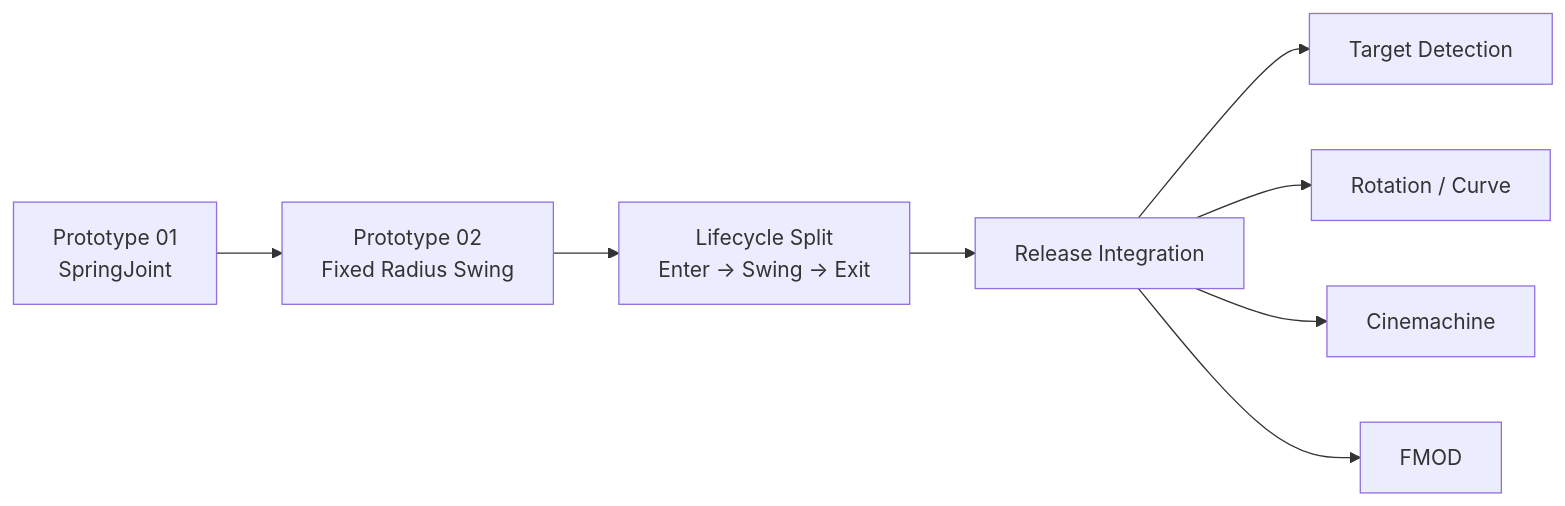
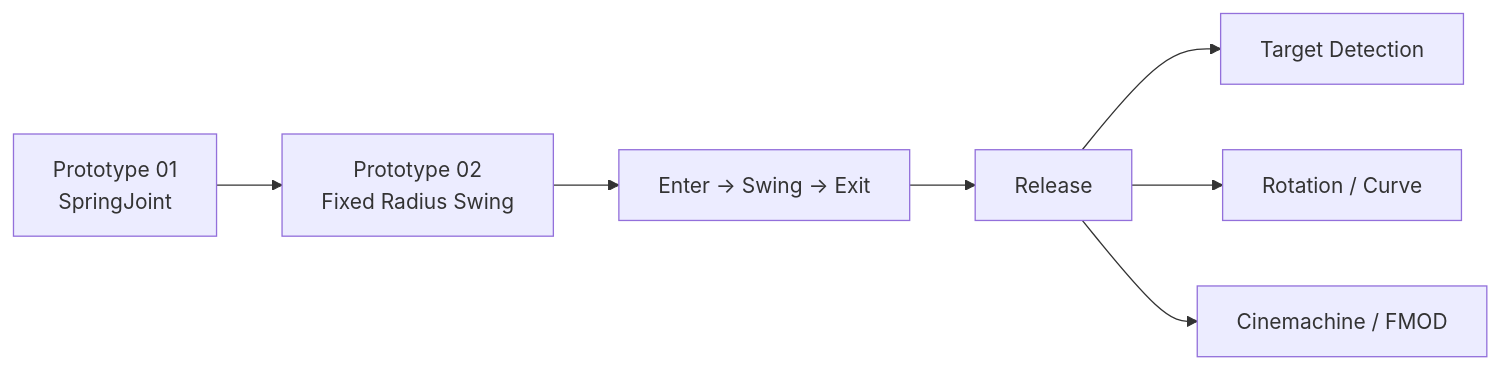
Before and after one commit to DuckBaee/DoDoDoIt-Client-Portfolio: the first of 2 diagrams in README.md, drawn with Mermaid. The commit also changed other lines of this file and 7 other files, not shown here.

````diff
--- a/README.md
+++ b/README.md
@@ -38,10 +39,9 @@
 ```mermaid
 flowchart LR
     A[Prototype 01<br/>SpringJoint] --> B[Prototype 02<br/>Fixed Radius Swing]
-    B --> C[Lifecycle Split<br/>Enter → Swing → Exit]
-    C --> D[Release Integration]
+    B --> C[Enter → Swing → Exit]
+    C --> D[Release]
     D --> E[Target Detection]
     D --> F[Rotation / Curve]
-    D --> G[Cinemachine]
-    D --> H[FMOD]
+    D --> G[Cinemachine / FMOD]
 ```
````
